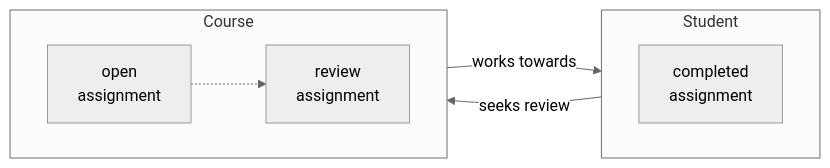
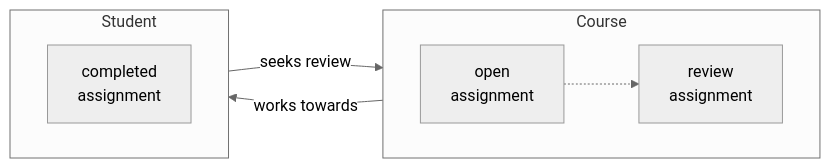
Before and after one commit to d33bs/set-website: the first of 3 diagrams in _posts/2023-02-13-Git-Practices.md, drawn with Mermaid (neutral theme). The commit also changed other lines of this file, not shown here.

````diff
--- a/_posts/2023-02-13-Git-Practices.md
+++ b/_posts/2023-02-13-Git-Practices.md
@@ -19,15 +19,16 @@
 ```mermaid
 flowchart LR
-  subgraph Student
-    direction LR
-    work["completed\nassignment"]
-  end
-  subgraph Course
+ subgraph Course
     direction LR
     open["open\nassignment"]
     turn_in["review\nassignment"]
   end
+  subgraph Student ["&nbsp;&nbsp;&nbsp;&nbsp;&nbsp;Student"]
+    direction LR
+    work["completed\nassignment"]
+  end
+  open -.-> turn_in
   open --> |works towards| work
   work --> |seeks review| turn_in
-  open -.-> turn_in
+  
 ```
````
